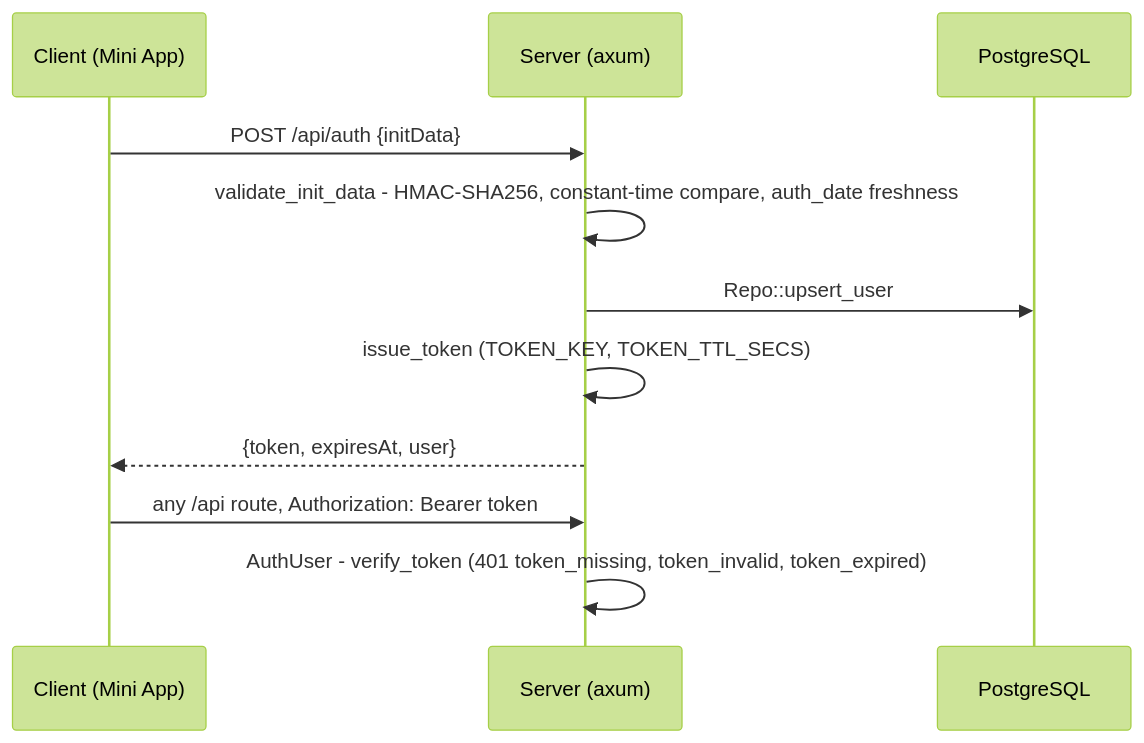
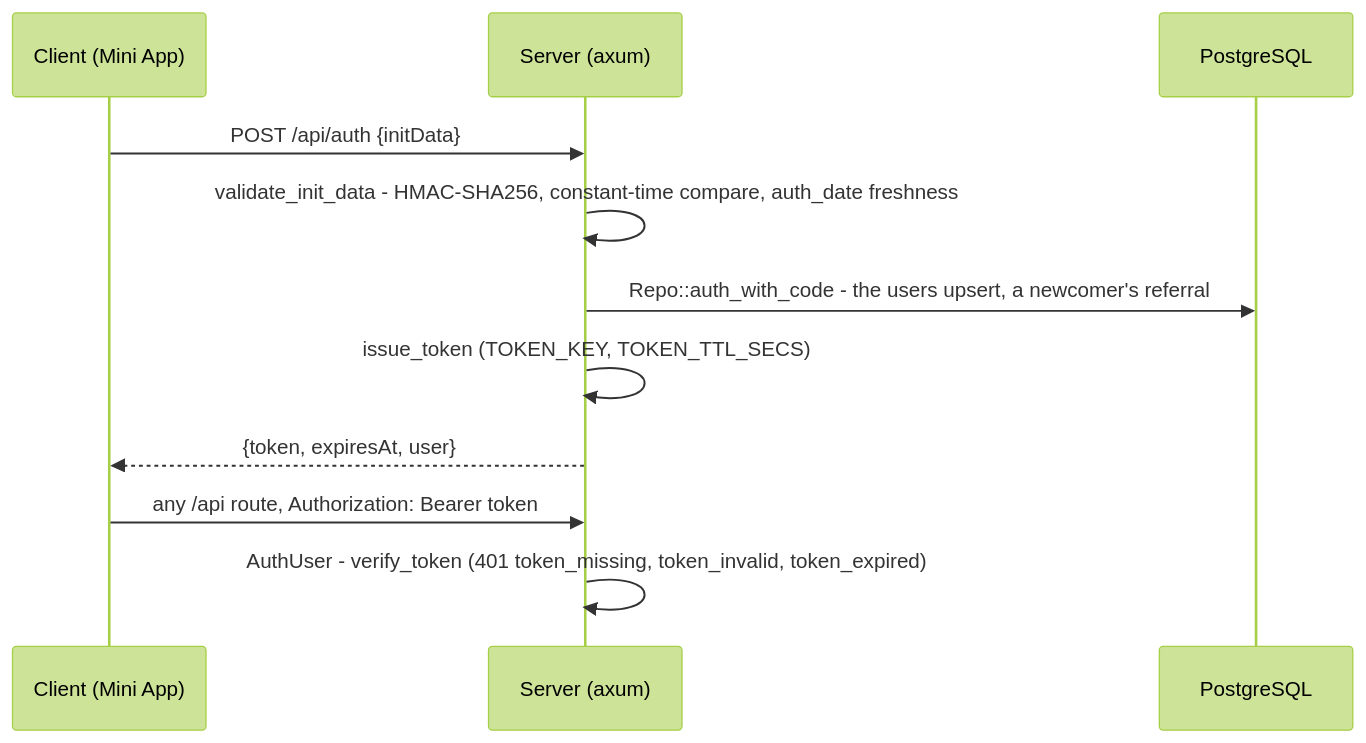
The fourth of 7 diagrams in docs/ARCHITECTURE.md (bluesteelll/tg-app-novel), drawn with Mermaid (forest theme) before and after one commit. The commit also changed other lines of this file and 1 other file, not shown here.

````diff
--- a/docs/ARCHITECTURE.md
+++ b/docs/ARCHITECTURE.md
@@ -228,13 +247,13 @@
 ```mermaid
 sequenceDiagram
     participant C as Client (Mini App)
     participant S as Server (axum)
     participant DB as PostgreSQL
     C->>S: POST /api/auth {initData}
     S->>S: validate_init_data - HMAC-SHA256, constant-time compare, auth_date freshness
-    S->>DB: Repo::upsert_user
+    S->>DB: Repo::auth_with_code - the users upsert, a newcomer's referral
     S->>S: issue_token (TOKEN_KEY, TOKEN_TTL_SECS)
     S-->>C: {token, expiresAt, user}
     C->>S: any /api route, Authorization: Bearer token
     S->>S: AuthUser - verify_token (401 token_missing, token_invalid, token_expired)
 ```
````
